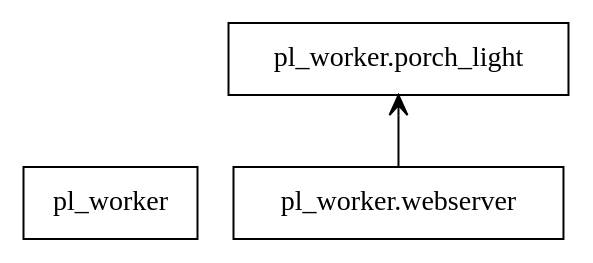
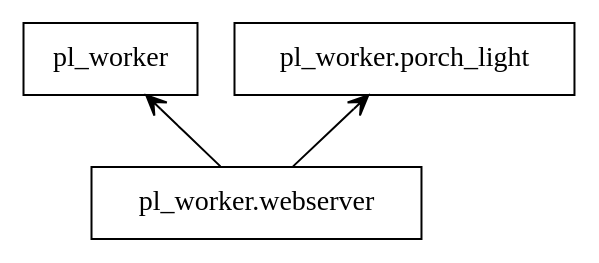
One commit to Jelloeater/porch_light changed the diagram in docs/packages.dot. Above: the diagram before and after it, drawn with Graphviz. The commit also changed 1 other file, not shown here.

```diff
--- a/docs/packages.dot
+++ b/docs/packages.dot
@@ -1,8 +1,9 @@
 digraph "packages" {
 rankdir=BT
 charset="utf-8"
 "pl_worker" [color="black", label=<pl_worker>, shape="box", style="solid"];
 "pl_worker.porch_light" [color="black", label=<pl_worker.porch_light>, shape="box", style="solid"];
 "pl_worker.webserver" [color="black", label=<pl_worker.webserver>, shape="box", style="solid"];
+"pl_worker.webserver" -> "pl_worker" [arrowhead="open", arrowtail="none"];
 "pl_worker.webserver" -> "pl_worker.porch_light" [arrowhead="open", arrowtail="none"];
 }
```
